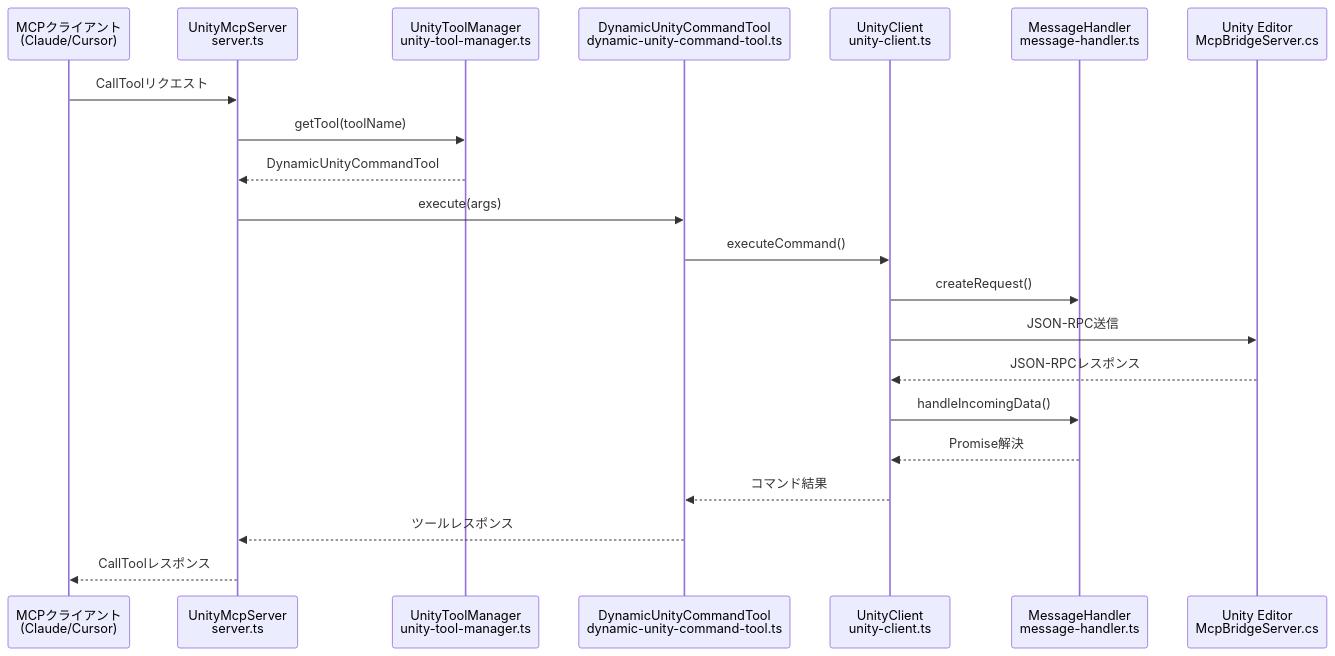
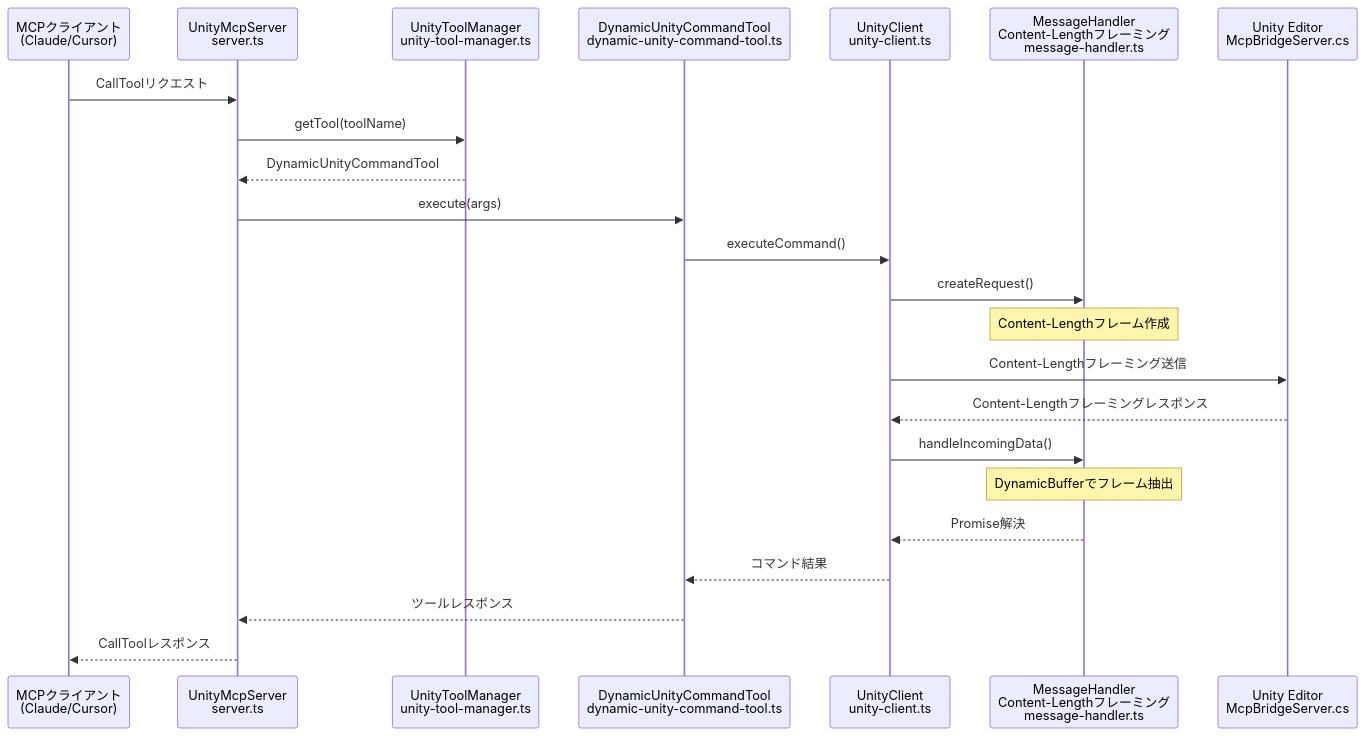
Before and after one commit to hatayama/uLoopMCP: diagram 16 of 16 in Packages/src/ARCHITECTURE_ja.md, drawn with Mermaid. The commit also changed other lines of this file and 24 other files, not shown here.

````diff
--- a/Packages/src/ARCHITECTURE_ja.md
+++ b/Packages/src/ARCHITECTURE_ja.md
@@ -1323,24 +1369,26 @@
 ```mermaid
 sequenceDiagram
     participant MC as MCPクライアント<br/>(Claude/Cursor)
     participant US as UnityMcpServer<br/>server.ts
     participant UTM as UnityToolManager<br/>unity-tool-manager.ts
     participant DT as DynamicUnityCommandTool<br/>dynamic-unity-command-tool.ts
     participant UC as UnityClient<br/>unity-client.ts
-    participant MH as MessageHandler<br/>message-handler.ts
+    participant MH as MessageHandler<br/>Content-Lengthフレーミング<br/>message-handler.ts
     participant UE as Unity Editor<br/>McpBridgeServer.cs
 
     MC->>US: CallToolリクエスト
     US->>UTM: getTool(toolName)
     UTM-->>US: DynamicUnityCommandTool
     US->>DT: execute(args)
     DT->>UC: executeCommand()
     UC->>MH: createRequest()
-    UC->>UE: JSON-RPC送信
-    UE-->>UC: JSON-RPCレスポンス
+    Note over MH: Content-Lengthフレーム作成
+    UC->>UE: Content-Lengthフレーミング送信
+    UE-->>UC: Content-Lengthフレーミングレスポンス
     UC->>MH: handleIncomingData()
+    Note over MH: DynamicBufferでフレーム抽出
     MH-->>UC: Promise解決
     UC-->>DT: コマンド結果
     DT-->>US: ツールレスポンス
     US-->>MC: CallToolレスポンス
 ```
````
